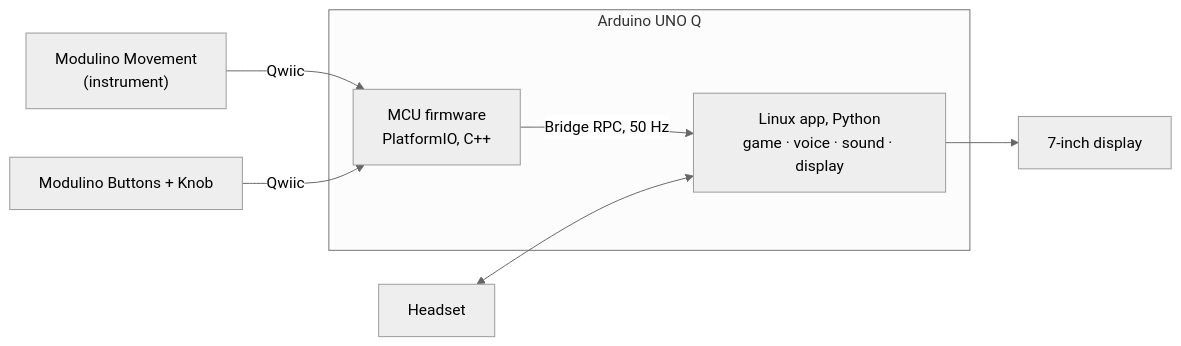
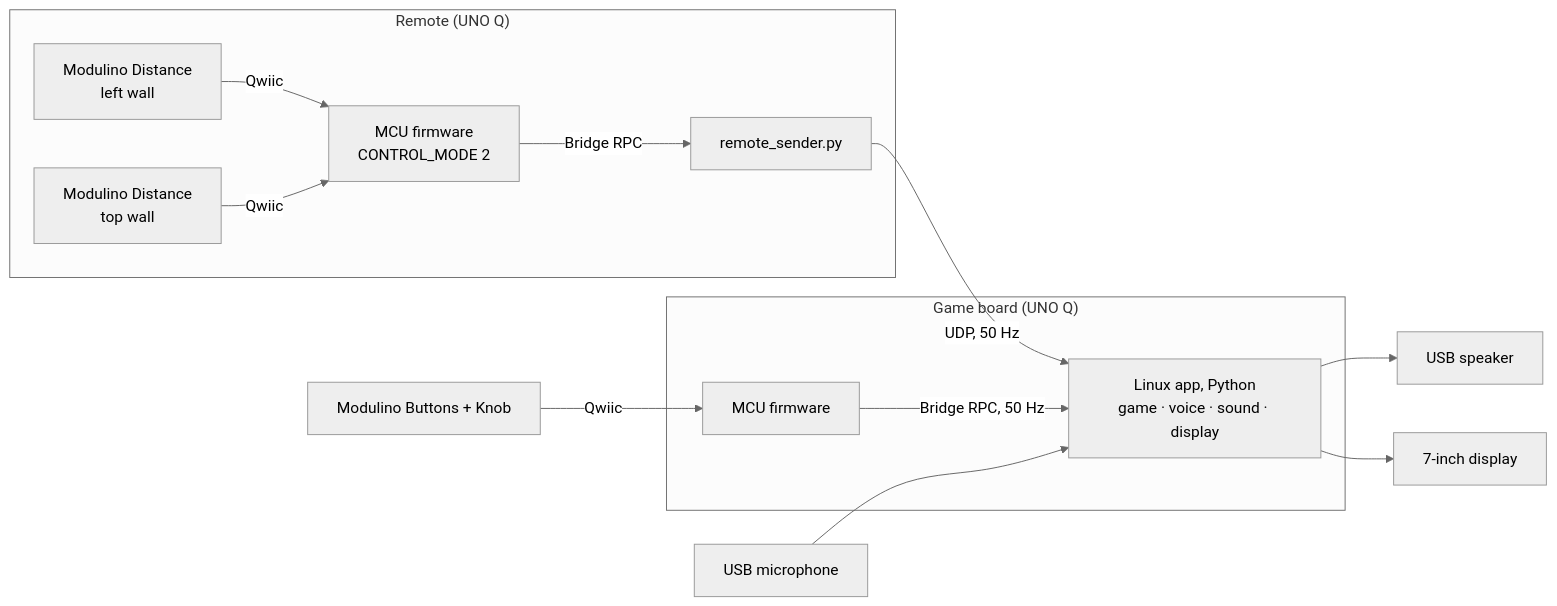
Before and after one commit to JustCodeX/steadyHands: the diagram in README.md, drawn with Mermaid (neutral theme). The commit also changed other lines of this file and 5 other files, not shown here.

````diff
--- a/README.md
+++ b/README.md
@@ -40,10 +42,16 @@
 ```mermaid
 flowchart LR
-  M["Modulino Movement<br/>(instrument)"] -- Qwiic --> MCU
+  subgraph R["Remote (UNO Q)"]
+    DX["Modulino Distance<br/>left wall"] -- Qwiic --> RMCU["MCU firmware<br/>CONTROL_MODE 2"]
+    DY["Modulino Distance<br/>top wall"] -- Qwiic --> RMCU
+    RMCU -- "Bridge RPC" --> RAPP["remote_sender.py"]
+  end
+  RAPP -- "UDP, 50 Hz" --> APP
   BK["Modulino Buttons + Knob"] -- Qwiic --> MCU
-  subgraph Q["Arduino UNO Q"]
-    MCU["MCU firmware<br/>PlatformIO, C++"] -- "Bridge RPC, 50 Hz" --> APP["Linux app, Python<br/>game · voice · sound · display"]
+  subgraph Q["Game board (UNO Q)"]
+    MCU["MCU firmware"] -- "Bridge RPC, 50 Hz" --> APP["Linux app, Python<br/>game · voice · sound · display"]
   end
-  HS["Headset"] <--> APP
+  MIC["USB microphone"] --> APP
+  APP --> SPK["USB speaker"]
   APP --> D["7-inch display"]
 ```
````
